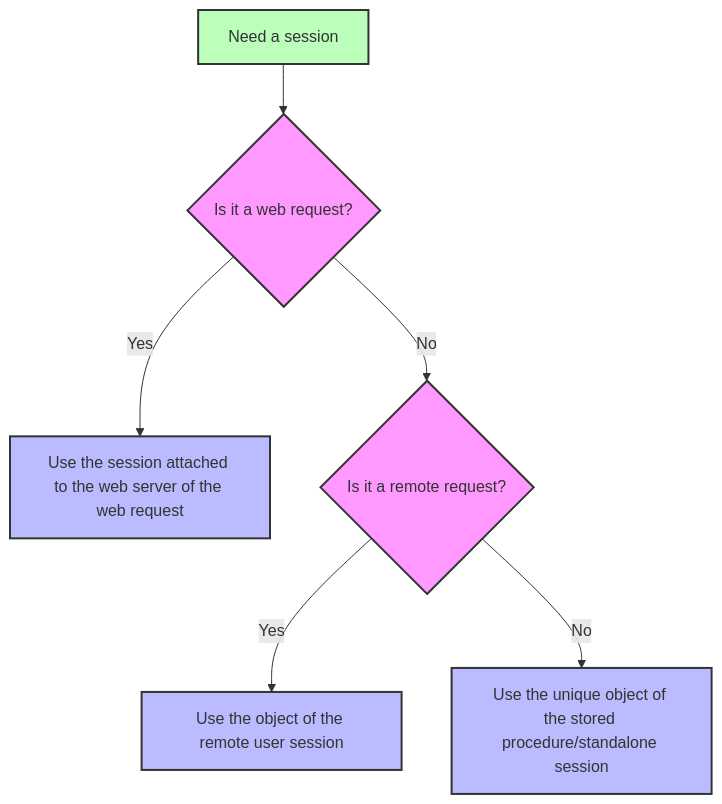
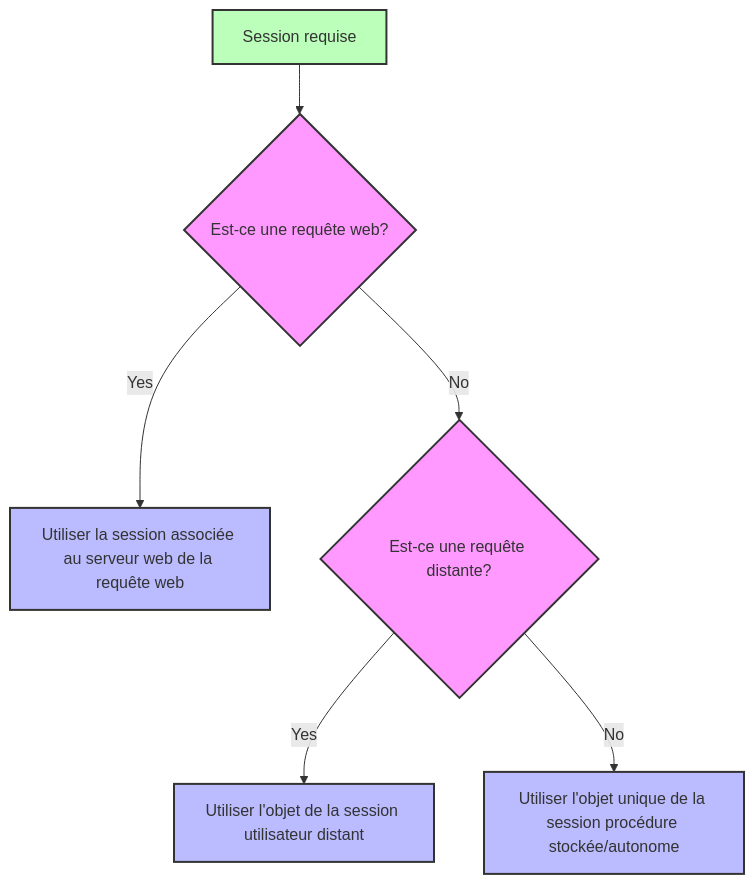
Before and after one commit to 4d/docs: the diagram in i18n/fr/docusaurus-plugin-content-docs/version-21/commands/session.md, drawn with Mermaid. The commit also changed other lines of this file and 470 other files, not shown here.

````diff
--- a/i18n/fr/docusaurus-plugin-content-docs/version-21/commands/session.md
+++ b/i18n/fr/docusaurus-plugin-content-docs/version-21/commands/session.md
@@ -91,16 +91,16 @@
 ```mermaid
 flowchart TD
-    A[Need a session] --> B{Is it a web request?}
-    B -->|Yes| C[Use the session attached to the web server of the web request]
-    B -->|No| D{Is it a remote request?}
-    D -->|Yes| E[Use the object of the remote user session]
-    D -->|No| F[Use the unique object of the stored procedure/standalone session]
+    A[Session requise] --> B{Est-ce une requête web?}
+    B -->|Yes| C[Utiliser la session associée au serveur web de la requête web]
+    B -->|No| D{Est-ce une requête distante?}
+    D -->|Yes| E[Utiliser l'objet de la session utilisateur distant]
+    D -->|No| F[Utiliser l'objet unique de la session procédure stockée/autonome]
 
     classDef decision fill:#f9f,stroke:#333,stroke-width:2px;
     classDef process fill:#bbf,stroke:#333,stroke-width:2px;
     classDef start fill:#bfb,stroke:#333,stroke-width:2px;
 
     class B,D decision
     class A start
     class C,E,F process
 ```
````
